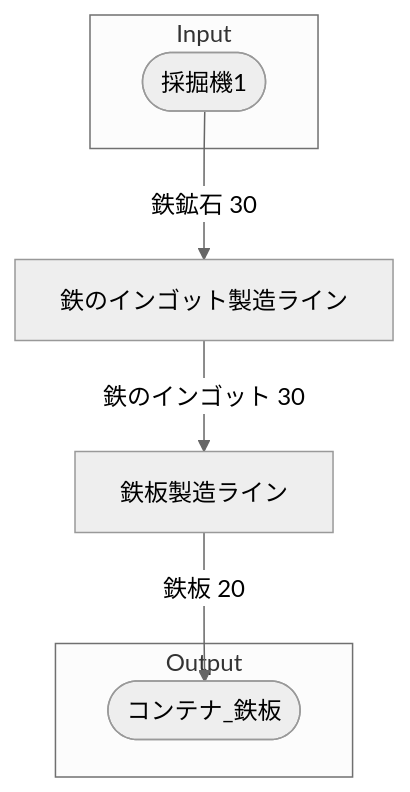
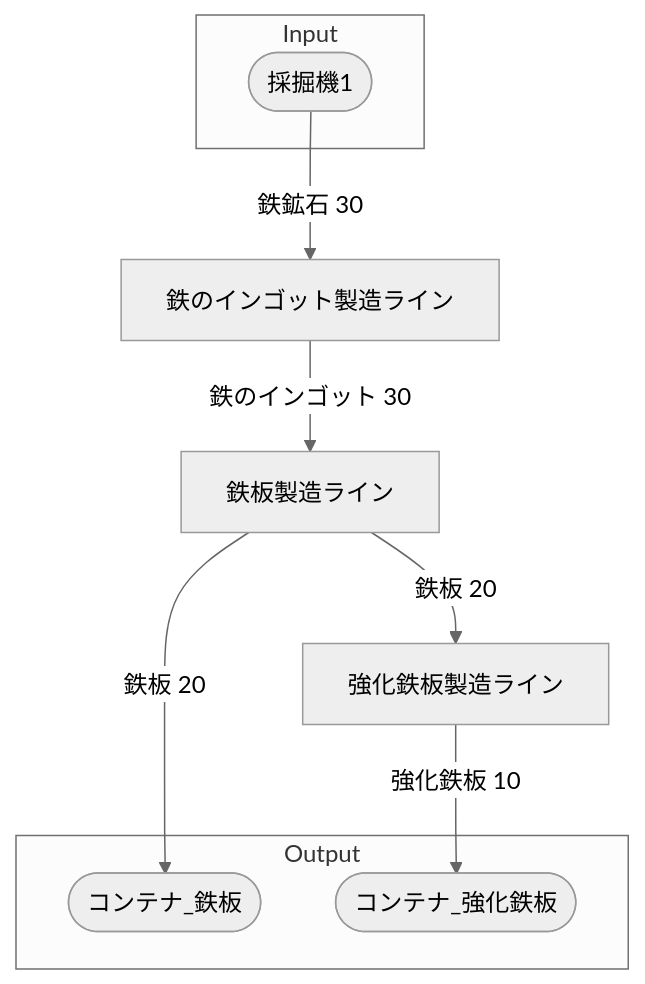
Before and after one commit to Suzuran-Amano/SatisfactoryTaskEfficiency: the diagram in 40_FactoryBuilding/初期一時鉄板工場/30‗概要設計/概要設計_全体製造ライン.md, drawn with Mermaid (neutral theme). The commit also changed other lines of this file and 6 other files, not shown here.

````diff
--- a/40_FactoryBuilding/初期一時鉄板工場/30‗概要設計/概要設計_全体製造ライン.md
+++ b/40_FactoryBuilding/初期一時鉄板工場/30‗概要設計/概要設計_全体製造ライン.md
@@ -24,21 +33,25 @@
 ```mermaid
 flowchart TD
 
 subgraph Input
     採掘機1([採掘機1])
 end
 
 鉄のインゴット製造ライン[鉄のインゴット製造ライン]
 鉄板製造ライン[鉄板製造ライン]
+強化鉄板製造ライン[強化鉄板製造ライン]
 
 subgraph Output
     コンテナ_鉄板([コンテナ_鉄板])
+    コンテナ_強化鉄板([コンテナ_強化鉄板])
 end
 
 
 採掘機1-->|鉄鉱石 30|鉄のインゴット製造ライン
 鉄のインゴット製造ライン-->|鉄のインゴット 30|鉄板製造ライン
+鉄板製造ライン-->|鉄板 20|強化鉄板製造ライン
 鉄板製造ライン-->|鉄板 20|コンテナ_鉄板
+強化鉄板製造ライン-->|強化鉄板 10|コンテナ_強化鉄板
 
 
 ```
````
